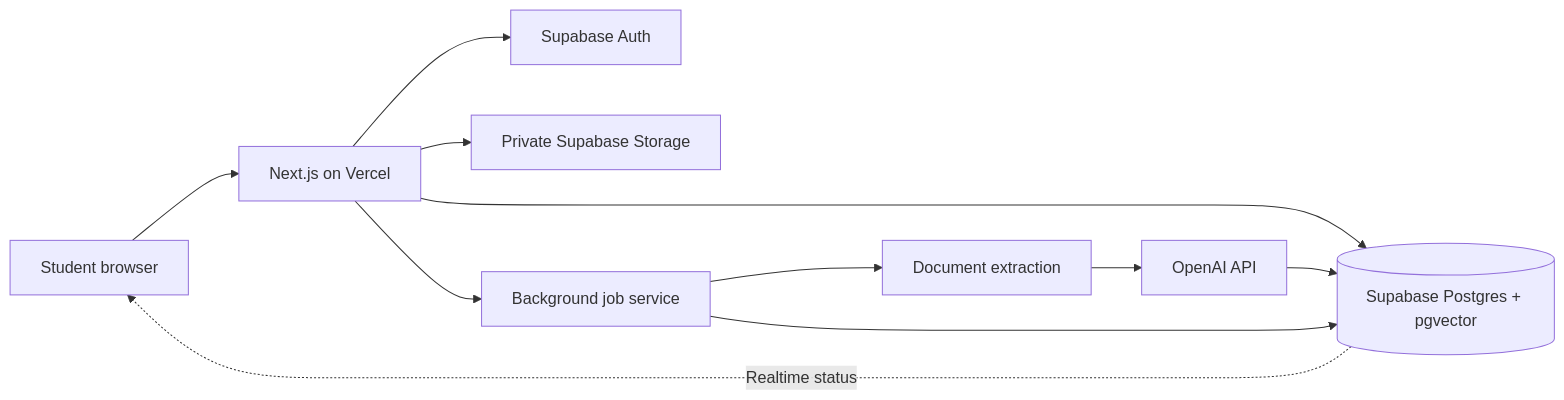
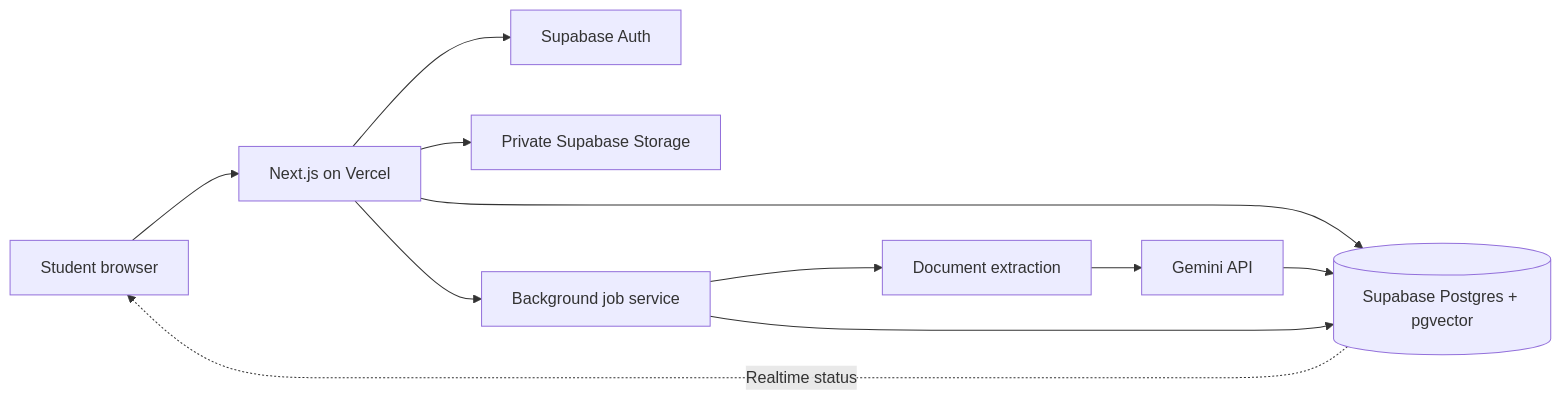
The diagram in STUDYSTACKLM_PLAN.md (itsmeYuri/StudyStackLM), drawn with Mermaid before and after one commit. The commit also changed other lines of this file and 34 other files, not shown here.

````diff
--- a/STUDYSTACKLM_PLAN.md
+++ b/STUDYSTACKLM_PLAN.md
@@ -77,13 +77,13 @@
 ```mermaid
 flowchart LR
     U[Student browser] --> V[Next.js on Vercel]
     V --> A[Supabase Auth]
     V --> D[(Supabase Postgres + pgvector)]
     V --> S[Private Supabase Storage]
     V --> J[Background job service]
     J --> X[Document extraction]
-    X --> O[OpenAI API]
+    X --> O[Gemini API]
     O --> D
     J --> D
     D -. Realtime status .-> U
 ```
````
